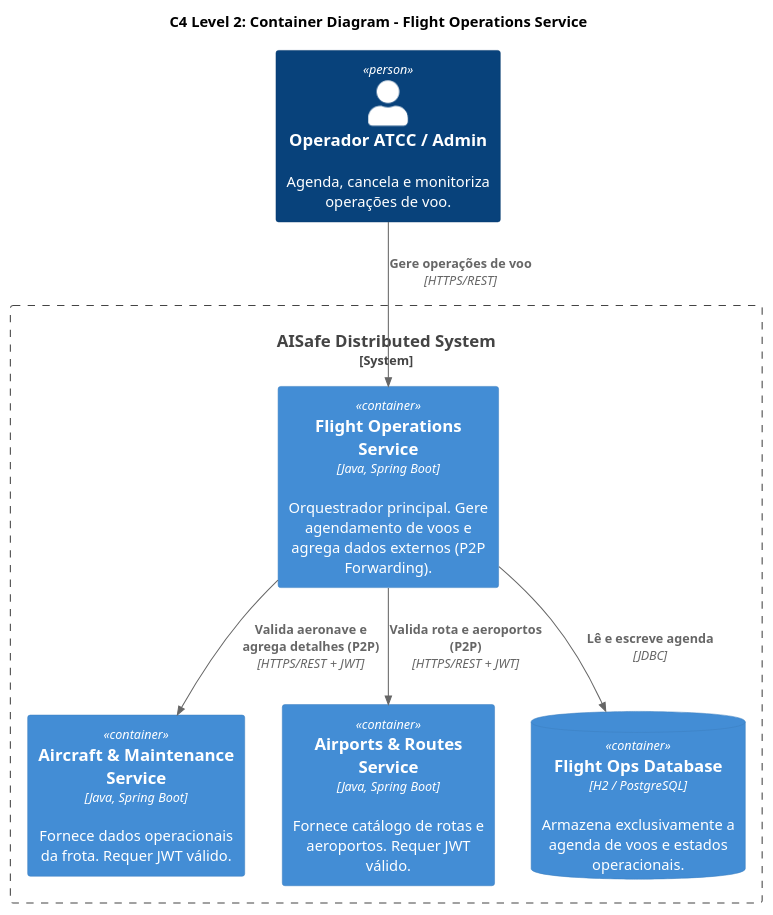
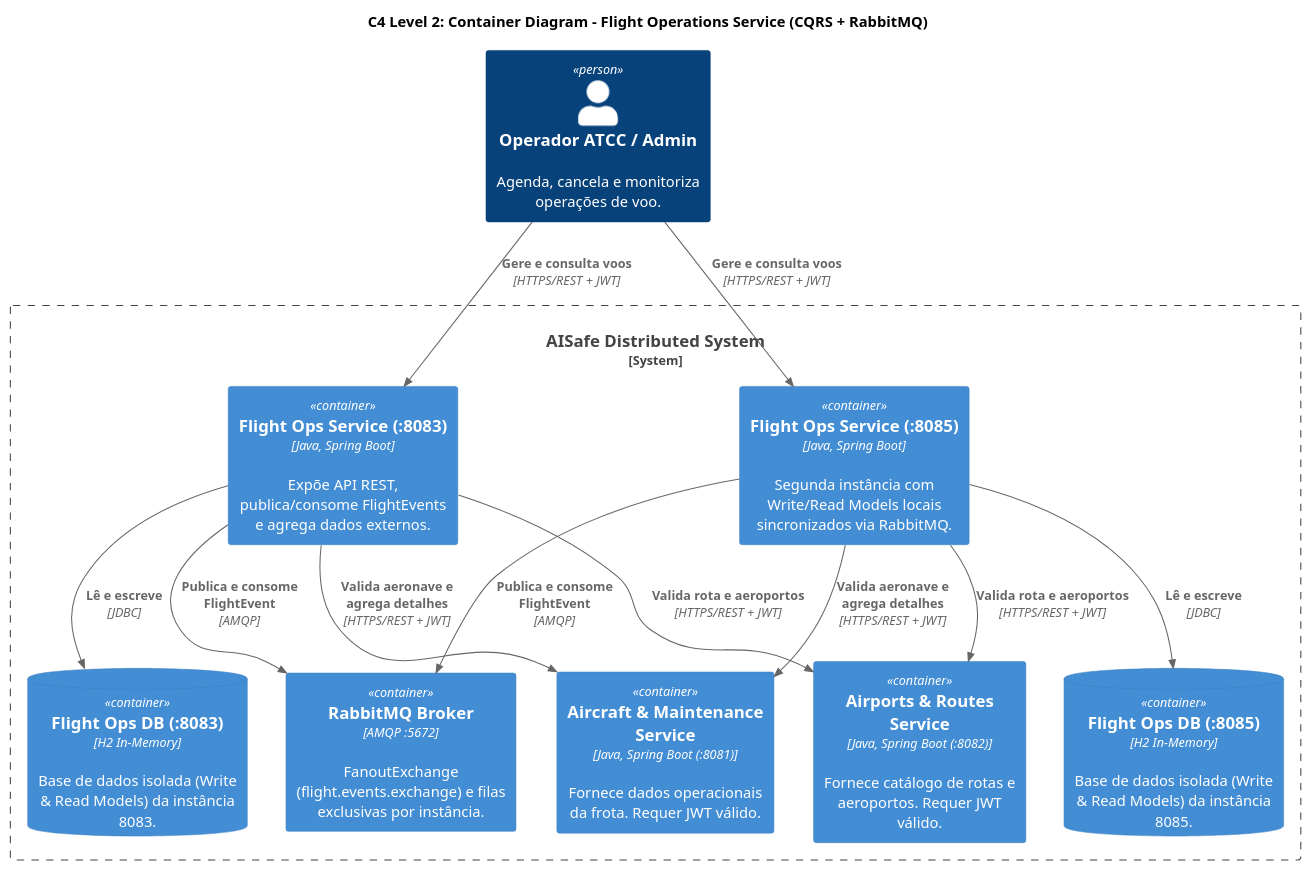
One commit to jvonhafe/LETI_1241237_SIDIS_2026 changed the diagram in flight-ops-service/docs/c4_level2_flightops_container.puml. Above: the diagram before and after it, drawn with PlantUML. The commit also changed 3 other files, not shown here.

Commit message:
docs(flight-ops): update architecture and C4 diagrams for CQRS and RabbitMQ

```diff
--- a/flight-ops-service/docs/c4_level2_flightops_container.puml
+++ b/flight-ops-service/docs/c4_level2_flightops_container.puml
@@ -1,23 +1,35 @@
 @startuml c4_level2_flightops_container
 !include https://raw.githubusercontent.com/plantuml-stdlib/C4-PlantUML/master/C4_Container.puml
 
-title "C4 Level 2: Container Diagram - Flight Operations Service"
+title "C4 Level 2: Container Diagram - Flight Operations Service (CQRS + RabbitMQ)"
 
 Person(admin, "Operador ATCC / Admin", "Agenda, cancela e monitoriza operações de voo.")
 
 System_Boundary(aisafe, "AISafe Distributed System") {
-    Container(flight_ops_service, "Flight Operations Service", "Java, Spring Boot", "Orquestrador principal. Gere agendamento de voos e agrega dados externos (P2P Forwarding).")
+    Container(flight_ops_a, "Flight Ops Service (:8083)", "Java, Spring Boot", "Expõe API REST, publica/consome FlightEvents e agrega dados externos.")
+    ContainerDb(flight_db_a, "Flight Ops DB (:8083)", "H2 In-Memory", "Base de dados isolada (Write & Read Models) da instância 8083.")
 
-    Container(aircraft_service, "Aircraft & Maintenance Service", "Java, Spring Boot", "Fornece dados operacionais da frota. Requer JWT válido.")
-    Container(airport_routes_service, "Airports & Routes Service", "Java, Spring Boot", "Fornece catálogo de rotas e aeroportos. Requer JWT válido.")
+    Container(flight_ops_b, "Flight Ops Service (:8085)", "Java, Spring Boot", "Segunda instância com Write/Read Models locais sincronizados via RabbitMQ.")
+    ContainerDb(flight_db_b, "Flight Ops DB (:8085)", "H2 In-Memory", "Base de dados isolada (Write & Read Models) da instância 8085.")
 
-    ContainerDb(flight_db, "Flight Ops Database", "H2 / PostgreSQL", "Armazena exclusivamente a agenda de voos e estados operacionais.")
+    Container(rabbitmq, "RabbitMQ Broker", "AMQP :5672", "FanoutExchange (flight.events.exchange) e filas exclusivas por instância.")
+
+    Container(aircraft_service, "Aircraft & Maintenance Service", "Java, Spring Boot (:8081)", "Fornece dados operacionais da frota. Requer JWT válido.")
+    Container(airport_routes_service, "Airports & Routes Service", "Java, Spring Boot (:8082)", "Fornece catálogo de rotas e aeroportos. Requer JWT válido.")
 }
 
-Rel(admin, flight_ops_service, "Gere operações de voo", "HTTPS/REST")
+Rel(admin, flight_ops_a, "Gere e consulta voos", "HTTPS/REST + JWT")
+Rel(admin, flight_ops_b, "Gere e consulta voos", "HTTPS/REST + JWT")
 
-Rel(flight_ops_service, aircraft_service, "Valida aeronave e agrega detalhes (P2P)", "HTTPS/REST + JWT", $tags="sync")
-Rel(flight_ops_service, airport_routes_service, "Valida rota e aeroportos (P2P)", "HTTPS/REST + JWT", $tags="sync")
-Rel(flight_ops_service, flight_db, "Lê e escreve agenda", "JDBC")
+Rel(flight_ops_a, flight_db_a, "Lê e escreve", "JDBC")
+Rel(flight_ops_b, flight_db_b, "Lê e escreve", "JDBC")
+
+Rel(flight_ops_a, rabbitmq, "Publica e consome FlightEvent", "AMQP")
+Rel(flight_ops_b, rabbitmq, "Publica e consome FlightEvent", "AMQP")
+
+Rel(flight_ops_a, aircraft_service, "Valida aeronave e agrega detalhes", "HTTPS/REST + JWT", $tags="sync")
+Rel(flight_ops_a, airport_routes_service, "Valida rota e aeroportos", "HTTPS/REST + JWT", $tags="sync")
+Rel(flight_ops_b, aircraft_service, "Valida aeronave e agrega detalhes", "HTTPS/REST + JWT", $tags="sync")
+Rel(flight_ops_b, airport_routes_service, "Valida rota e aeroportos", "HTTPS/REST + JWT", $tags="sync")
 
 @enduml
```
